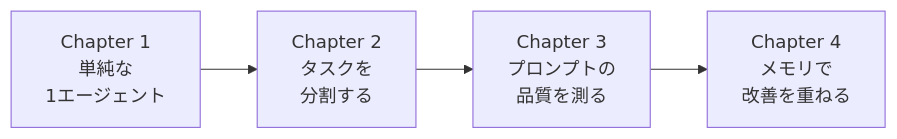
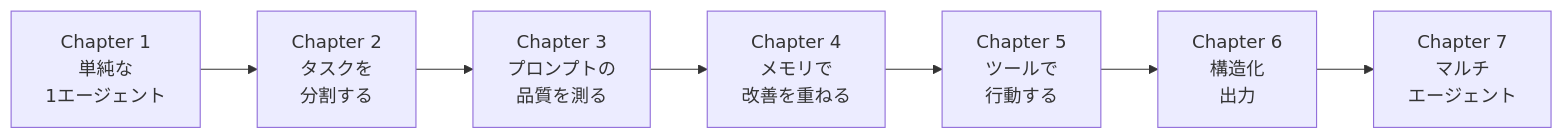
One commit to snickerjp/mastra-agent-tutorial changed the diagram in README.md. Above: the diagram before and after it, drawn with Mermaid. The commit also changed other lines of this file, not shown here.

First line of the commit message:
docs: README に Chapter 5-7 を追加

````diff
--- a/README.md
+++ b/README.md
@@ -35,6 +38,9 @@
 ```mermaid
 graph LR
     A[Chapter 1<br/>単純な<br/>1エージェント] --> B[Chapter 2<br/>タスクを<br/>分割する]
     B --> C[Chapter 3<br/>プロンプトの<br/>品質を測る]
     C --> D[Chapter 4<br/>メモリで<br/>改善を重ねる]
+    D --> E[Chapter 5<br/>ツールで<br/>行動する]
+    E --> F[Chapter 6<br/>構造化<br/>出力]
+    F --> G[Chapter 7<br/>マルチ<br/>エージェント]
 ```
````
